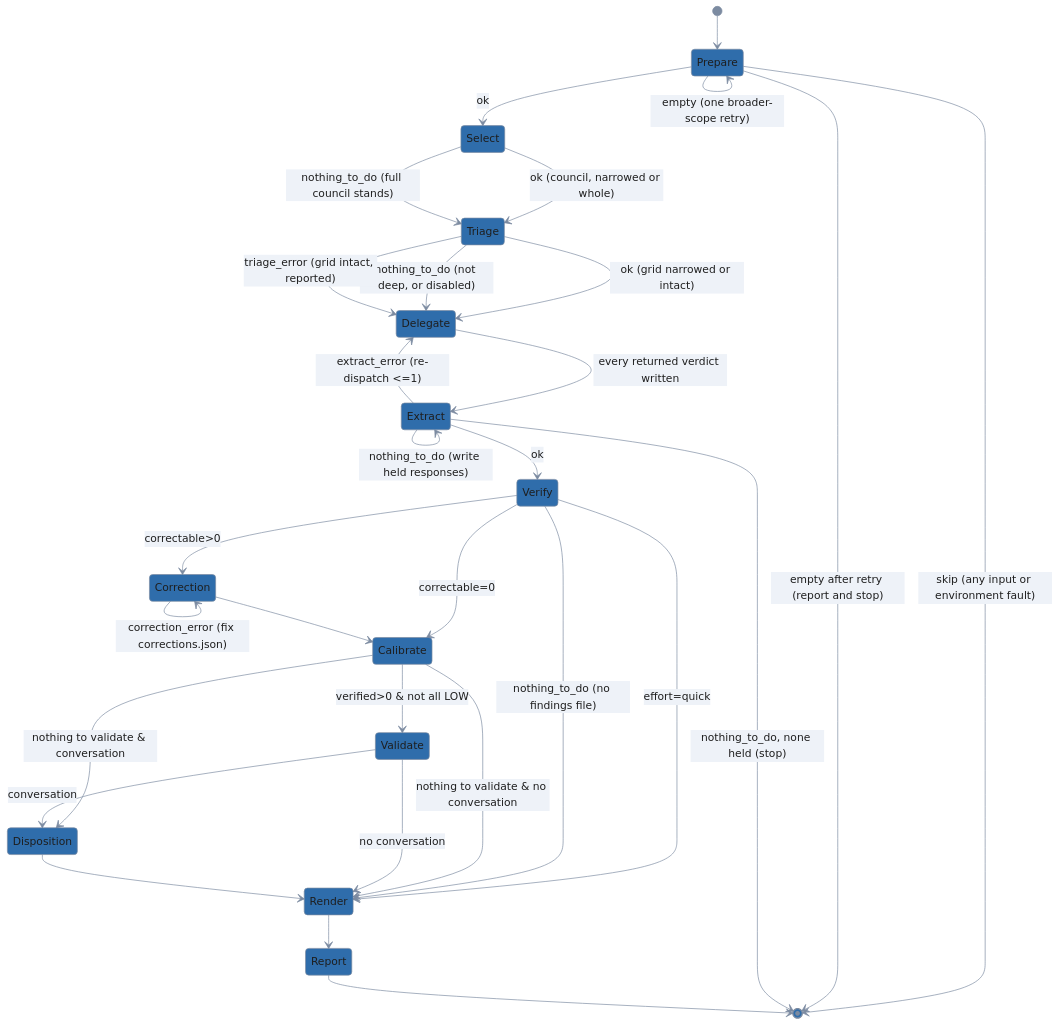
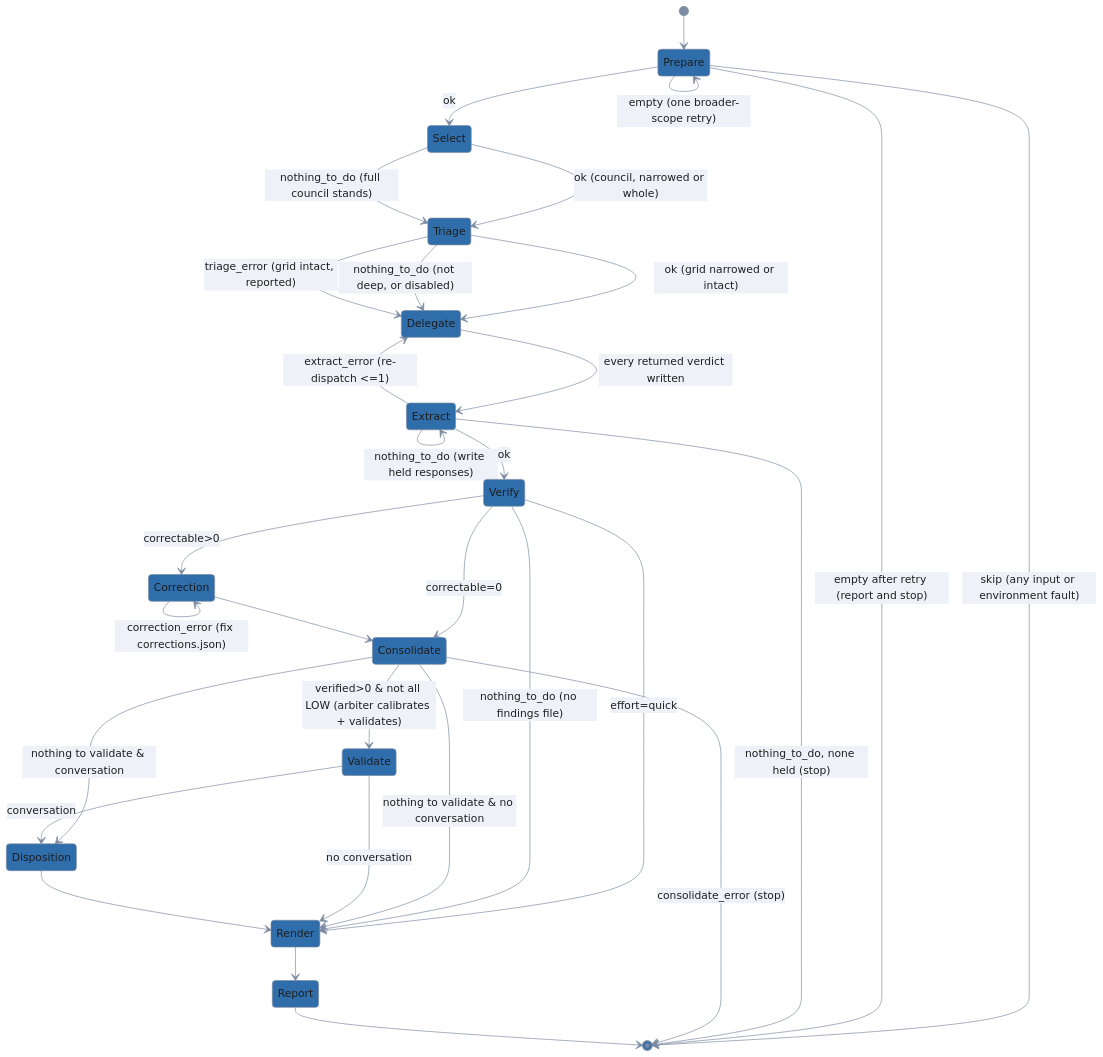
The diagram in module/skills/review-council/SKILL.md (lolables/lola-mod-review-council), drawn with Mermaid before and after one commit. The commit also changed other lines of this file and 13 other files, not shown here.

````diff
--- a/module/skills/review-council/SKILL.md
+++ b/module/skills/review-council/SKILL.md
@@ -191,48 +191,49 @@
 ```mermaid
 %%{init: {'theme': 'base', 'themeVariables': {
   'primaryColor': '#2f6dab',
   'primaryTextColor': '#1e1e1e',
   'primaryBorderColor': '#7c8ba1',
   'lineColor': '#7c8ba1',
   'edgeLabelBackground': '#eef2f8',
   'tertiaryColor': 'transparent',
   'tertiaryTextColor': '#7c8ba1',
   'tertiaryBorderColor': '#7c8ba1',
   'clusterBkg': 'transparent',
   'clusterBorder': '#7c8ba1',
   'titleColor': '#7c8ba1',
   'noteBkgColor': '#eef2f8',
   'noteTextColor': '#1e1e1e',
   'fontFamily': 'system-ui, sans-serif'
 }, 'themeCSS': '.node .nodeLabel{color:#ffffff!important;fill:#ffffff!important;}'}}%%
 stateDiagram-v2
     [*] --> Prepare
     Prepare --> Select: ok
     Prepare --> [*]: skip (any input or environment fault)
     Prepare --> Prepare: empty (one broader-scope retry)
     Prepare --> [*]: empty after retry (report and stop)
     Select --> Triage: ok (council, narrowed or whole)
     Select --> Triage: nothing_to_do (full council stands)
     Triage --> Delegate: ok (grid narrowed or intact)
     Triage --> Delegate: nothing_to_do (not deep, or disabled)
     Triage --> Delegate: triage_error (grid intact, reported)
     Delegate --> Extract: every returned verdict written
     Extract --> Delegate: extract_error (re-dispatch <=1)
     Extract --> Extract: nothing_to_do (write held responses)
     Extract --> [*]: nothing_to_do, none held (stop)
     Extract --> Verify: ok
     Verify --> Render: effort=quick
     Verify --> Render: nothing_to_do (no findings file)
     Verify --> Correction: correctable>0
-    Verify --> Calibrate: correctable=0
+    Verify --> Consolidate: correctable=0
     Correction --> Correction: correction_error (fix corrections.json)
-    Correction --> Calibrate
-    Calibrate --> Validate: verified>0 & not all LOW
-    Calibrate --> Render: nothing to validate & no conversation
-    Calibrate --> Disposition: nothing to validate & conversation
+    Correction --> Consolidate
+    Consolidate --> [*]: consolidate_error (stop)
+    Consolidate --> Validate: verified>0 & not all LOW (arbiter calibrates + validates)
+    Consolidate --> Render: nothing to validate & no conversation
+    Consolidate --> Disposition: nothing to validate & conversation
     Validate --> Render: no conversation
     Validate --> Disposition: conversation
     Disposition --> Render
     Render --> Report
     Report --> [*]
 ```
````
